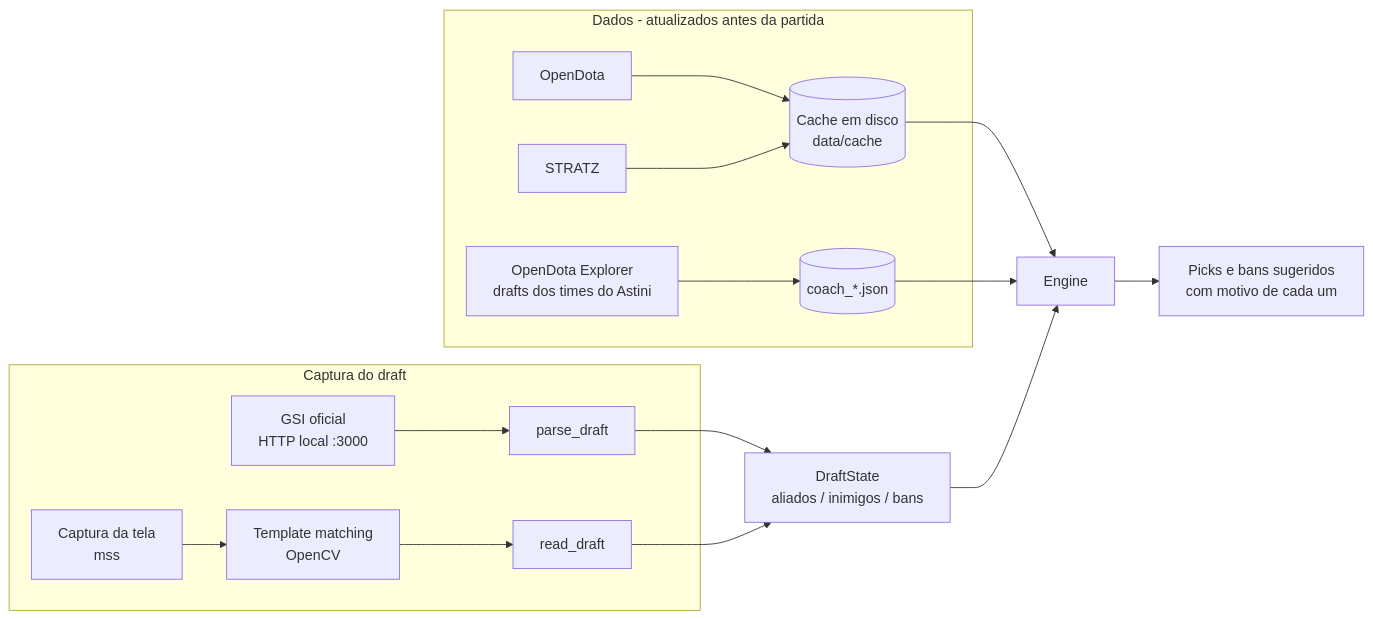
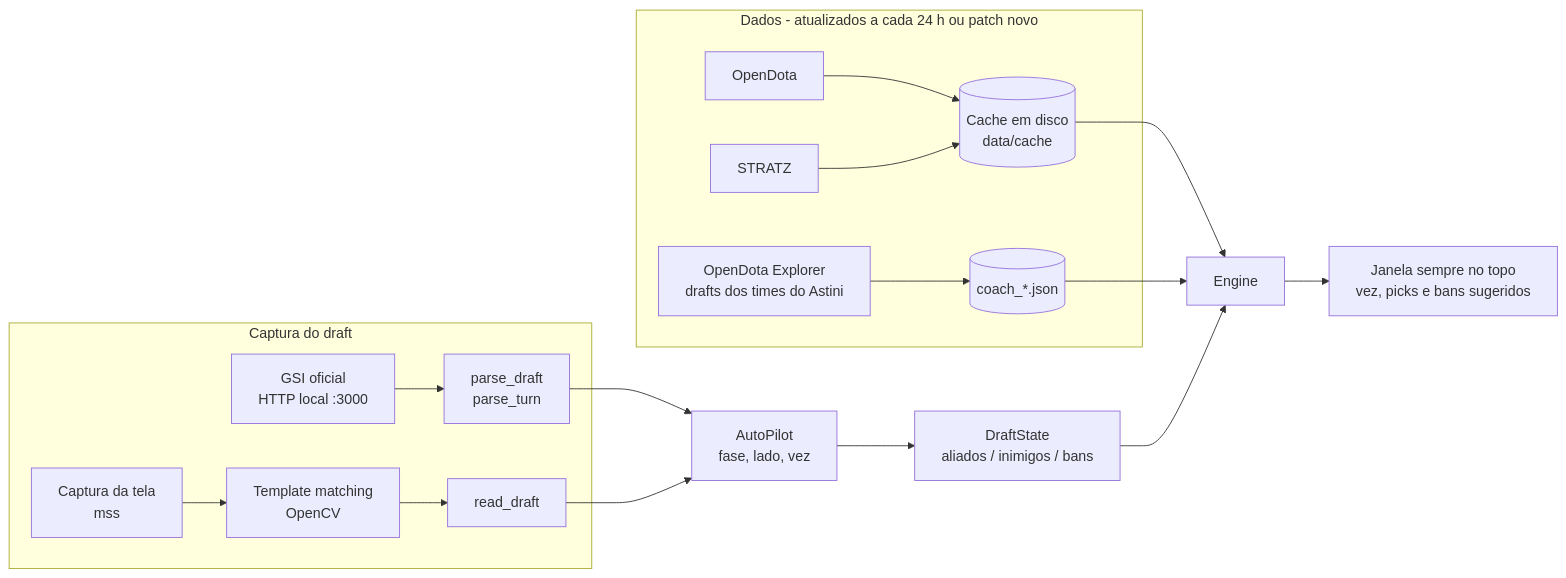
Before and after one commit to r-ramos97/RodrigoRamos: the diagram in dota-draft-assistant/README.md, drawn with Mermaid. The commit also changed other lines of this file and 13 other files, not shown here.

````diff
--- a/dota-draft-assistant/README.md
+++ b/dota-draft-assistant/README.md
@@ -76,20 +78,21 @@
 ```mermaid
 flowchart LR
     subgraph Captura do draft
-        GSI[GSI oficial<br/>HTTP local :3000] --> P[parse_draft]
+        GSI[GSI oficial<br/>HTTP local :3000] --> P[parse_draft<br/>parse_turn]
         TELA[Captura da tela<br/>mss] --> TM[Template matching<br/>OpenCV] --> P2[read_draft]
     end
-    P --> D[DraftState<br/>aliados / inimigos / bans]
-    P2 --> D
+    P --> AP[AutoPilot<br/>fase, lado, vez]
+    P2 --> AP
+    AP --> D[DraftState<br/>aliados / inimigos / bans]
 
-    subgraph Dados - atualizados antes da partida
+    subgraph Dados - atualizados a cada 24 h ou patch novo
         OD[OpenDota] --> C[(Cache em disco<br/>data/cache)]
         ST[STRATZ] --> C
         EX[OpenDota Explorer<br/>drafts dos times do Astini] --> CO[(coach_*.json)]
     end
 
     C --> E[Engine]
     CO --> E
     D --> E
-    E --> S[Picks e bans sugeridos<br/>com motivo de cada um]
+    E --> S[Janela sempre no topo<br/>vez, picks e bans sugeridos]
 ```
````
